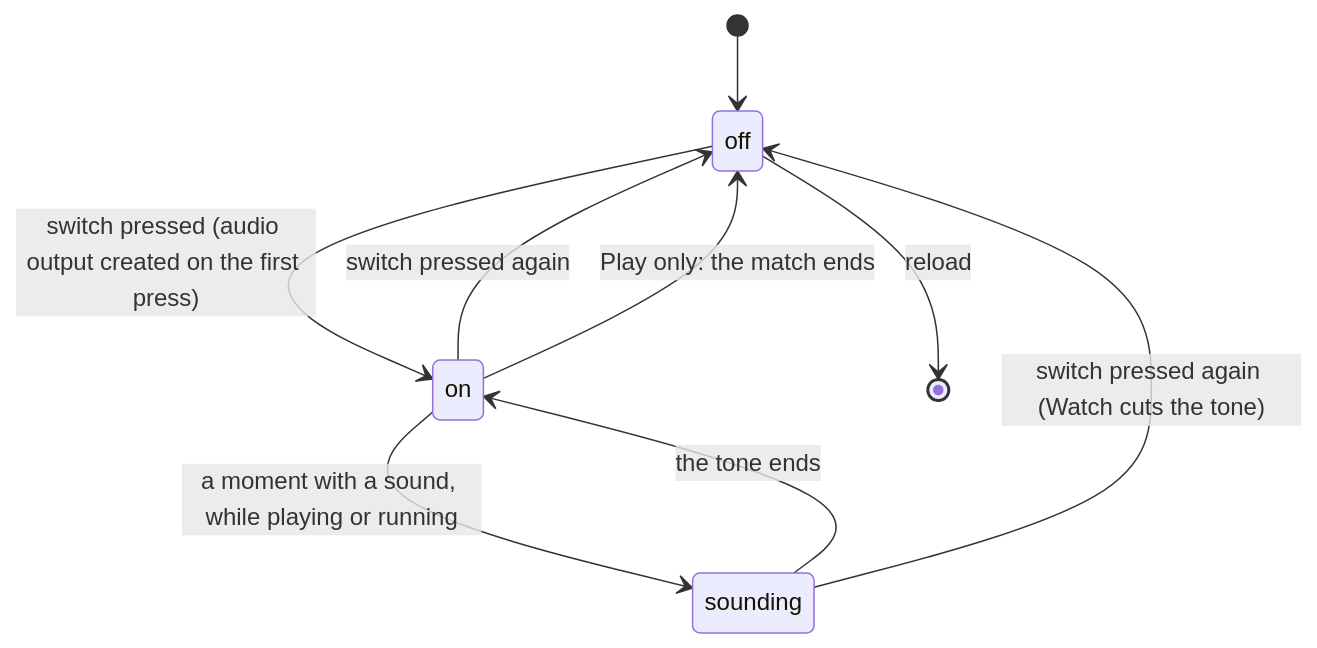
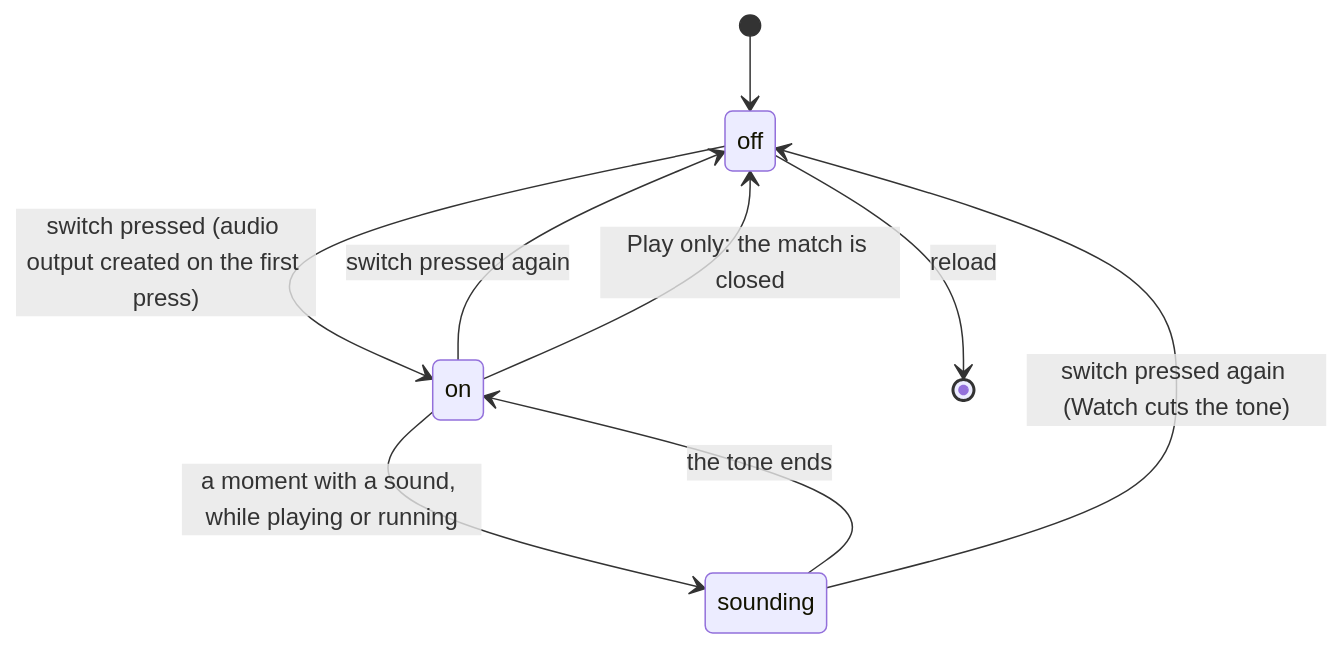
One commit to DougZeThug/Will-You-Be-My-Hero-Arena changed the diagram in docs/product-description/cross-cutting/sound.md. Above: the diagram before and after it, drawn with Mermaid. The commit also changed other lines of this file and 19 other files, not shown here.

````diff
--- a/docs/product-description/cross-cutting/sound.md
+++ b/docs/product-description/cross-cutting/sound.md
@@ -31,11 +31,11 @@
 ```mermaid
 stateDiagram-v2
     [*] --> off
     off --> on : switch pressed (audio output created on the first press)
     on --> sounding : a moment with a sound, while playing or running
     sounding --> on : the tone ends
     on --> off : switch pressed again
     sounding --> off : switch pressed again (Watch cuts the tone)
-    on --> off : Play only: the match ends
+    on --> off : Play only: the match is closed
     off --> [*] : reload
 ```
````
